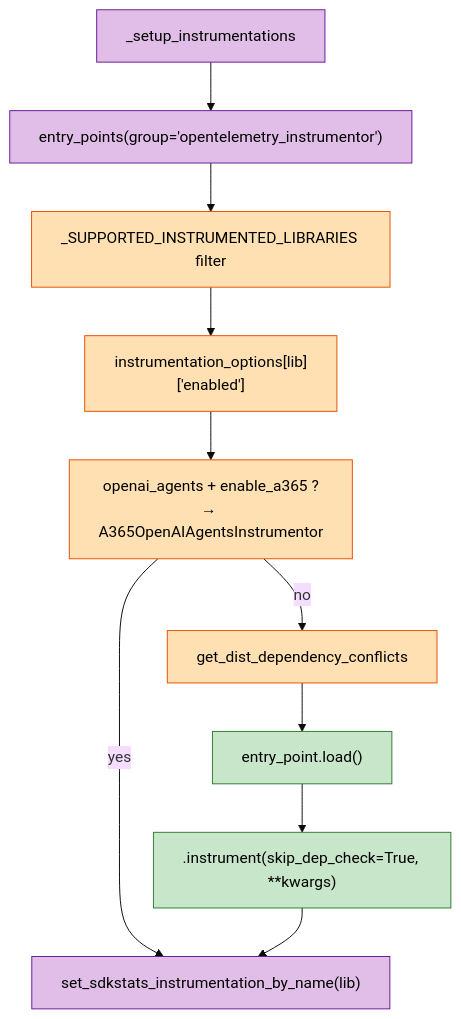
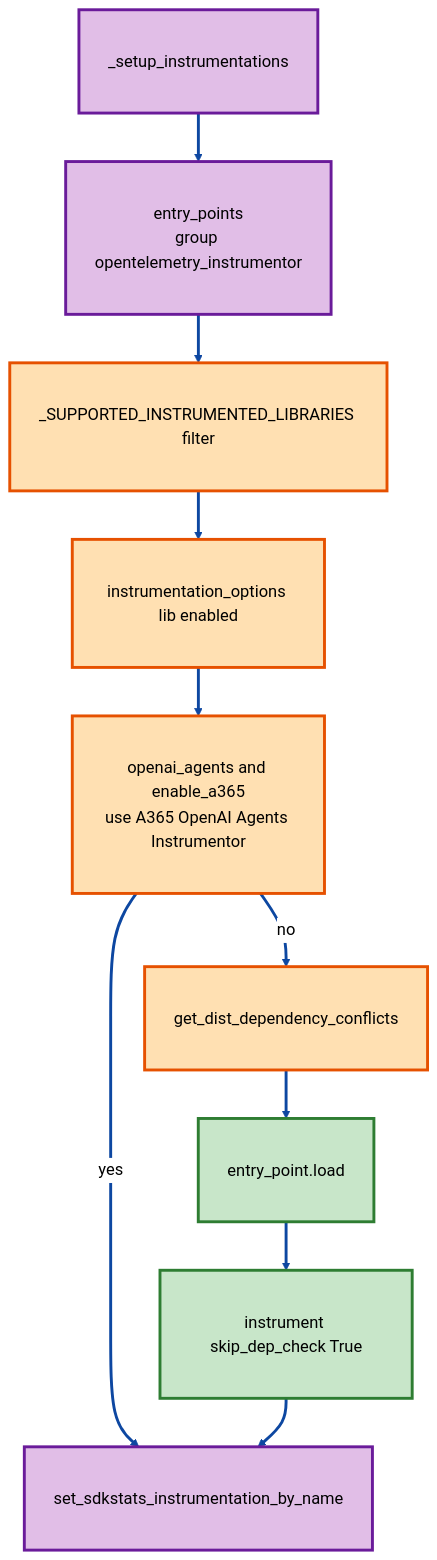
Before and after one commit to ganga1980/opentelemetry-distro-python: the seventh of 10 diagrams in Architecture.md, drawn with Mermaid. The commit also changed other lines of this file, not shown here.

````diff
--- a/Architecture.md
+++ b/Architecture.md
@@ -485,23 +538,31 @@
 ```mermaid
-%%{init:{'theme':'base','themeVariables':{'fontFamily':'Segoe UI'}}}%%
+%%{init: {"theme":"base","themeVariables":{"fontFamily":"Segoe UI","fontSize":"17px","lineColor":"#0D47A1","edgeLabelBackground":"#FFFFFF","primaryTextColor":"#000000"}}}%%
 flowchart TB
-    classDef cfg fill:#E1BEE7,stroke:#6A1B9A,color:#000
-    classDef instr fill:#C8E6C9,stroke:#2E7D32,color:#000
-    classDef gate fill:#FFE0B2,stroke:#E65100,color:#000
+    classDef cfg fill:#E1BEE7,stroke:#6A1B9A,stroke-width:3px,color:#000,font-size:17px,padding:12px
+    classDef instr fill:#C8E6C9,stroke:#2E7D32,stroke-width:3px,color:#000,font-size:17px,padding:12px
+    classDef gate fill:#FFE0B2,stroke:#E65100,stroke-width:3px,color:#000,font-size:17px,padding:12px
 
     Setup["_setup_instrumentations"]:::cfg
-    EP["entry_points(group='opentelemetry_instrumentor')"]:::cfg
+    EP["entry_points<br/>group opentelemetry_instrumentor"]:::cfg
     Support["_SUPPORTED_INSTRUMENTED_LIBRARIES filter"]:::gate
-    Opts["instrumentation_options[lib]['enabled']"]:::gate
+    Opts["instrumentation_options lib enabled"]:::gate
     Conflict["get_dist_dependency_conflicts"]:::gate
 
-    A365Path["openai_agents + enable_a365 ?<br/>→ A365OpenAIAgentsInstrumentor"]:::gate
+    A365Path["openai_agents and enable_a365<br/>use A365 OpenAI Agents Instrumentor"]:::gate
 
-    LoadEP["entry_point.load()"]:::instr
-    InstrumentCall[".instrument(skip_dep_check=True, **kwargs)"]:::instr
-    Mark["set_sdkstats_instrumentation_by_name(lib)"]:::cfg
+    LoadEP["entry_point.load"]:::instr
+    InstrumentCall["instrument skip_dep_check True"]:::instr
+    Mark["set_sdkstats_instrumentation_by_name"]:::cfg
 
-    Setup --> EP --> Support --> Opts --> A365Path
-    A365Path -- yes --> Mark
-    A365Path -- no --> Conflict --> LoadEP --> InstrumentCall --> Mark
+    Setup ==> EP
+    EP ==> Support
+    Support ==> Opts
+    Opts ==> A365Path
+    A365Path == yes ==> Mark
+    A365Path == no ==> Conflict
+    Conflict ==> LoadEP
+    LoadEP ==> InstrumentCall
+    InstrumentCall ==> Mark
+
+    linkStyle default stroke:#0D47A1,stroke-width:3px,fill:none
 ```
````
